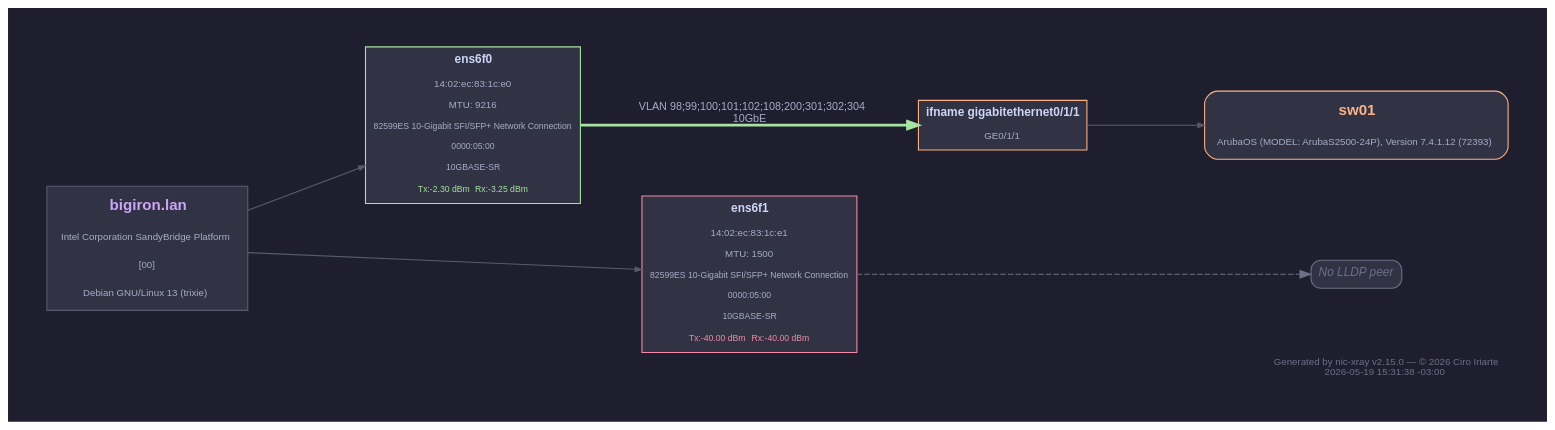
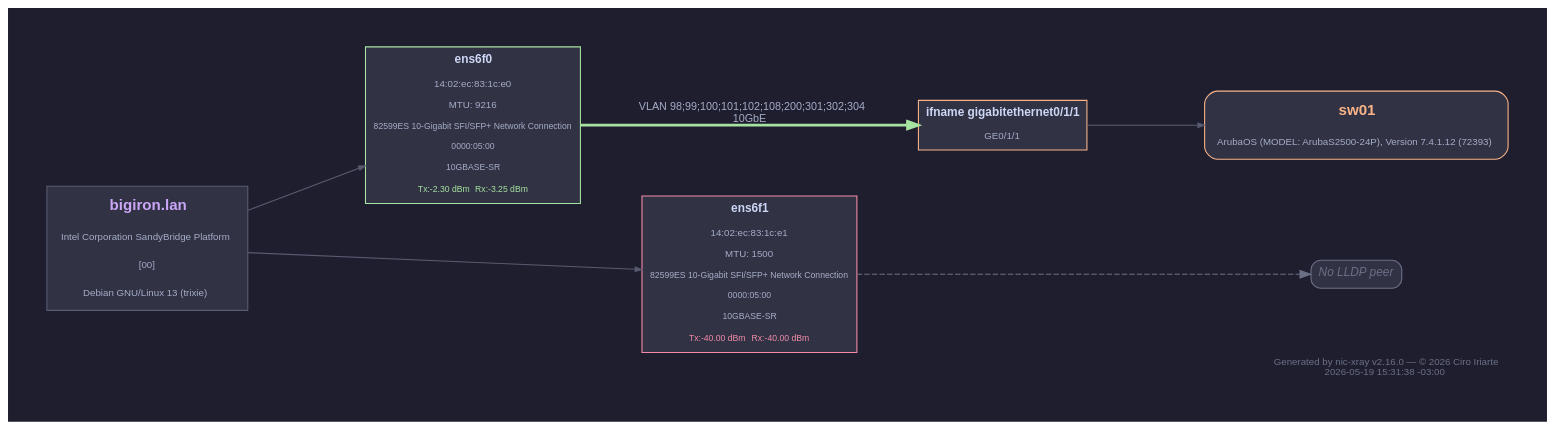
Before and after one commit to ciroiriarte/nic-xray: the diagram in samples/topology.dot, drawn with Graphviz. The commit also changed 44 other files, not shown here.

```diff
--- a/samples/topology.dot
+++ b/samples/topology.dot
@@ -1,77 +1,77 @@
 digraph nic_xray {
     rankdir=LR;
     bgcolor="#1e1e2e";
     fontname="Helvetica,Arial,sans-serif";
     fontcolor="#cdd6f4";
     pad="0.5";
     nodesep="0.6";
     ranksep="1.5";
     node [fontname="Helvetica,Arial,sans-serif", fontcolor="#cdd6f4", fontsize=11];
     edge [fontname="Helvetica,Arial,sans-serif", fontcolor="#a6adc8", fontsize=10];
-    label=<<FONT POINT-SIZE="9" COLOR="#6c7086">Generated by nic-xray v2.15.0 &mdash; &copy; 2026 Ciro Iriarte<BR/>2026-05-19 15:31:38 -03:00</FONT>>;
+    label=<<FONT POINT-SIZE="9" COLOR="#6c7086">Generated by nic-xray v2.16.0 &mdash; &copy; 2026 Ciro Iriarte<BR/>2026-05-19 15:31:38 -03:00</FONT>>;
     labeljust=r;
     labelloc=b;
 
     server [shape=plain, label=<
         <TABLE BORDER="1" CELLBORDER="0" CELLSPACING="4" CELLPADDING="6" BGCOLOR="#313244" COLOR="#585b70">
         <TR><TD COLSPAN="2"><FONT POINT-SIZE="14" COLOR="#cba6f7"><B>bigiron.lan</B></FONT></TD></TR>
         <TR><TD COLSPAN="2"><FONT POINT-SIZE="9" COLOR="#a6adc8">Intel Corporation SandyBridge Platform</FONT></TD></TR>
         <TR><TD COLSPAN="2"><FONT POINT-SIZE="9" COLOR="#a6adc8">[00]</FONT></TD></TR>
         <TR><TD COLSPAN="2"><FONT POINT-SIZE="9" COLOR="#a6adc8">Debian GNU/Linux 13 (trixie)</FONT></TD></TR>
         </TABLE>
     >];
 
     ens6f0 [shape=plain, label=<
         <TABLE BORDER="1" CELLBORDER="0" CELLSPACING="2" CELLPADDING="4" BGCOLOR="#313244" COLOR="#a6e3a1">
         <TR><TD><FONT COLOR="#cdd6f4"><B>ens6f0</B></FONT></TD></TR>
         <TR><TD><FONT POINT-SIZE="9" COLOR="#a6adc8">14:02:ec:83:1c:e0</FONT></TD></TR>
         <TR><TD><FONT POINT-SIZE="9" COLOR="#a6adc8">MTU: 9216</FONT></TD></TR>
         <TR><TD><FONT POINT-SIZE="8" COLOR="#a6adc8">82599ES 10-Gigabit SFI/SFP+ Network Connection</FONT></TD></TR>
         <TR><TD><FONT POINT-SIZE="8" COLOR="#a6adc8">0000:05:00</FONT></TD></TR>
         <TR><TD><FONT POINT-SIZE="8" COLOR="#a6adc8">10GBASE-SR</FONT></TD></TR>
         <TR><TD><FONT POINT-SIZE="8" COLOR="#a6e3a1">Tx:-2.30 dBm</FONT> <FONT POINT-SIZE="8" COLOR="#a6e3a1">Rx:-3.25 dBm</FONT></TD></TR>
         </TABLE>
     >];
 
     ens6f1 [shape=plain, label=<
         <TABLE BORDER="1" CELLBORDER="0" CELLSPACING="2" CELLPADDING="4" BGCOLOR="#313244" COLOR="#f38ba8">
         <TR><TD><FONT COLOR="#cdd6f4"><B>ens6f1</B></FONT></TD></TR>
         <TR><TD><FONT POINT-SIZE="9" COLOR="#a6adc8">14:02:ec:83:1c:e1</FONT></TD></TR>
         <TR><TD><FONT POINT-SIZE="9" COLOR="#a6adc8">MTU: 1500</FONT></TD></TR>
         <TR><TD><FONT POINT-SIZE="8" COLOR="#a6adc8">82599ES 10-Gigabit SFI/SFP+ Network Connection</FONT></TD></TR>
         <TR><TD><FONT POINT-SIZE="8" COLOR="#a6adc8">0000:05:00</FONT></TD></TR>
         <TR><TD><FONT POINT-SIZE="8" COLOR="#a6adc8">10GBASE-SR</FONT></TD></TR>
         <TR><TD><FONT POINT-SIZE="8" COLOR="#f38ba8">Tx:-40.00 dBm</FONT> <FONT POINT-SIZE="8" COLOR="#f38ba8">Rx:-40.00 dBm</FONT></TD></TR>
         </TABLE>
     >];
 
     swport_sw01_ifname_gigabitethernet0_1_1 [shape=plain, label=<
         <TABLE BORDER="1" CELLBORDER="0" CELLSPACING="2" CELLPADDING="4" BGCOLOR="#313244" COLOR="#fab387">
         <TR><TD><FONT COLOR="#cdd6f4"><B>ifname gigabitethernet0/1/1</B></FONT></TD></TR>
         <TR><TD><FONT POINT-SIZE="9" COLOR="#a6adc8">GE0/1/1</FONT></TD></TR>
         </TABLE>
     >];
 
     sw_sw01 [shape=plain, label=<
         <TABLE BORDER="1" CELLBORDER="0" CELLSPACING="4" CELLPADDING="6" BGCOLOR="#313244" COLOR="#fab387" STYLE="ROUNDED">
         <TR><TD><FONT POINT-SIZE="14" COLOR="#fab387"><B>sw01</B></FONT></TD></TR>
         <TR><TD><FONT POINT-SIZE="9" COLOR="#a6adc8">ArubaOS (MODEL: ArubaS2500-24P), Version 7.4.1.12 (72393)</FONT></TD></TR>
         </TABLE>
     >];
 
     no_lldp_peer [shape=plain, label=<
         <TABLE BORDER="1" CELLBORDER="0" CELLSPACING="2" CELLPADDING="4" BGCOLOR="#313244" COLOR="#6c7086" STYLE="ROUNDED">
         <TR><TD><FONT COLOR="#6c7086"><I>No LLDP peer</I></FONT></TD></TR>
         </TABLE>
     >];
 
     server -> ens6f0 [color="#585b70", penwidth=1.0, arrowsize=0.6];
     server -> ens6f1 [color="#585b70", penwidth=1.0, arrowsize=0.6];
 
     ens6f0 -> swport_sw01_ifname_gigabitethernet0_1_1 [label=<VLAN 98;99;100;101;102;108;200;301;302;304<BR/>10GbE>, penwidth=2.5, color="#a6e3a1", fontcolor="#a6adc8"];
     ens6f1 -> no_lldp_peer [style=dashed, color="#6c7086", fontcolor="#6c7086", penwidth=1.0];
     swport_sw01_ifname_gigabitethernet0_1_1 -> sw_sw01 [color="#585b70", penwidth=1.0, arrowsize=0.6];
 
     { rank=min; server; }
     { rank=max; sw_sw01; no_lldp_peer; }
 }
```
